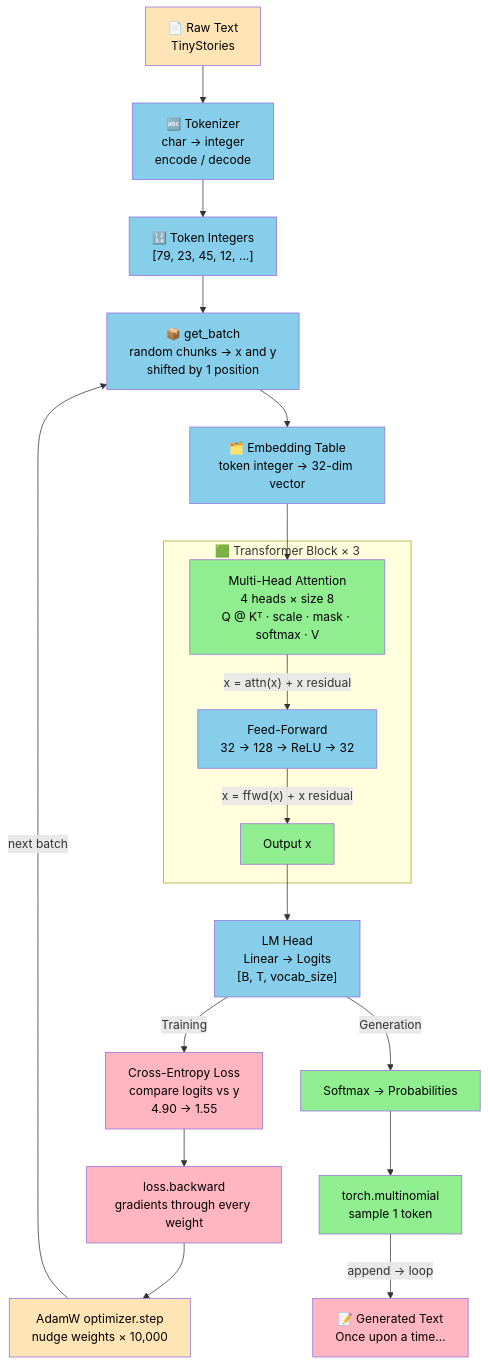
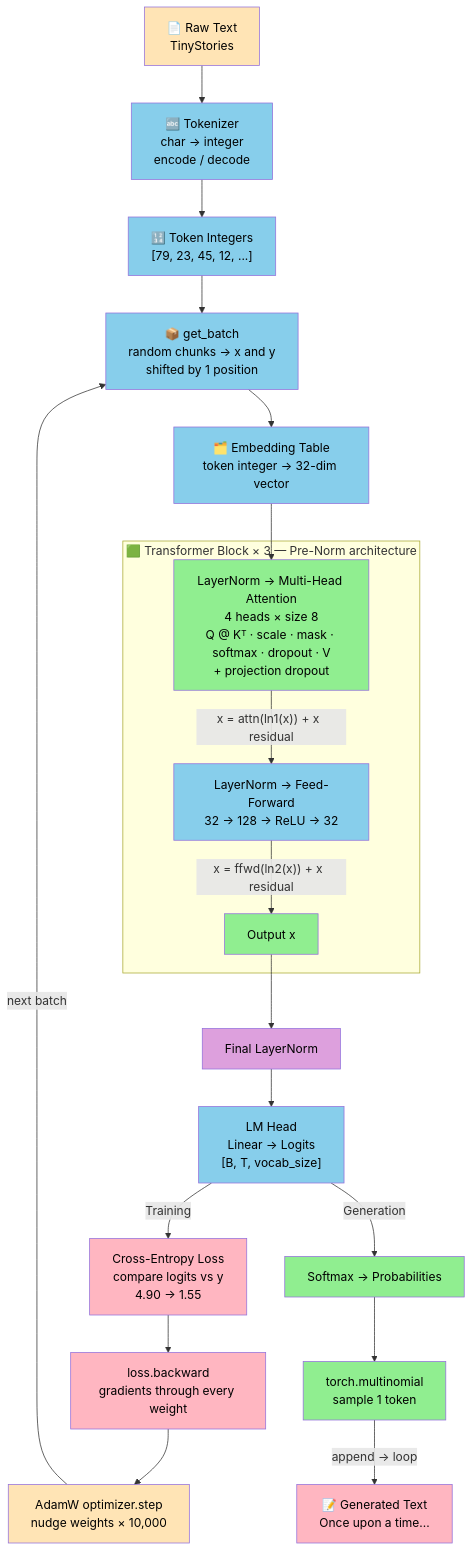
Before and after one commit to AryanGanesh/character-level-llm: the diagram in README.md, drawn with Mermaid. The commit also changed other lines of this file, not shown here.

Commit message:
Enhance README with architecture and dropout details
Updated architecture details to include Pre-Norm Transformer Block and Dropout explanations. Adjusted formatting and clarified training stability improvements.

````diff
--- a/README.md
+++ b/README.md
@@ -20,41 +20,43 @@
 ```mermaid
 graph TD
     A["📄 Raw Text\nTinyStories"] --> B["🔤 Tokenizer\nchar → integer\nencode / decode"]
     B --> C["🔢 Token Integers\n[79, 23, 45, 12, ...]"]
     C --> D["📦 get_batch\nrandom chunks → x and y\nshifted by 1 position"]
     D --> E["🗂️ Embedding Table\ntoken integer → 32-dim vector"]
 
     E --> F
 
-    subgraph BLOCK ["🟩 Transformer Block × 3"]
-        F["Multi-Head Attention\n4 heads × size 8\nQ @ Kᵀ · scale · mask · softmax · V"] -->|"x = attn(x) + x  residual"| G["Feed-Forward\n32 → 128 → ReLU → 32"]
-        G -->|"x = ffwd(x) + x  residual"| H["Output x"]
+    subgraph BLOCK ["🟩 Transformer Block × 3  —  Pre-Norm architecture"]
+        F["LayerNorm → Multi-Head Attention\n4 heads × size 8\nQ @ Kᵀ · scale · mask · softmax · dropout · V\n+ projection dropout"] -->|"x = attn(ln1(x)) + x  residual"| G["LayerNorm → Feed-Forward\n32 → 128 → ReLU → 32"]
+        G -->|"x = ffwd(ln2(x)) + x  residual"| H["Output x"]
     end
 
-    H --> I["LM Head\nLinear → Logits\n[B, T, vocab_size]"]
+    H --> I["Final LayerNorm"]
+    I --> J["LM Head\nLinear → Logits\n[B, T, vocab_size]"]
 
-    I -->|"Training"| J["Cross-Entropy Loss\ncompare logits vs y\n4.90 → 1.55"]
-    J --> K["loss.backward\ngradients through every weight"]
-    K --> L["AdamW optimizer.step\nnudge weights × 10,000"]
-    L -->|"next batch"| D
+    J -->|"Training"| K["Cross-Entropy Loss\ncompare logits vs y\n4.90 → 1.55"]
+    K --> L["loss.backward\ngradients through every weight"]
+    L --> M["AdamW optimizer.step\nnudge weights × 10,000"]
+    M -->|"next batch"| D
 
-    I -->|"Generation"| M["Softmax → Probabilities"]
-    M --> N["torch.multinomial\nsample 1 token"]
-    N -->|"append → loop"| O["📝 Generated Text\nOnce upon a time..."]
+    J -->|"Generation"| N["Softmax → Probabilities"]
+    N --> O["torch.multinomial\nsample 1 token"]
+    O -->|"append → loop"| P["📝 Generated Text\nOnce upon a time..."]
 
     style A fill:#FFE4B5,color:#000
     style B fill:#87CEEB,color:#000
     style C fill:#87CEEB,color:#000
     style D fill:#87CEEB,color:#000
     style E fill:#87CEEB,color:#000
     style F fill:#90EE90,color:#000
     style G fill:#87CEEB,color:#000
     style H fill:#90EE90,color:#000
-    style I fill:#87CEEB,color:#000
-    style J fill:#FFB6C1,color:#000
+    style I fill:#DDA0DD,color:#000
+    style J fill:#87CEEB,color:#000
     style K fill:#FFB6C1,color:#000
-    style L fill:#FFE4B5,color:#000
-    style M fill:#90EE90,color:#000
+    style L fill:#FFB6C1,color:#000
+    style M fill:#FFE4B5,color:#000
     style N fill:#90EE90,color:#000
-    style O fill:#FFB6C1,color:#000
+    style O fill:#90EE90,color:#000
+    style P fill:#FFB6C1,color:#000
 ```
````
